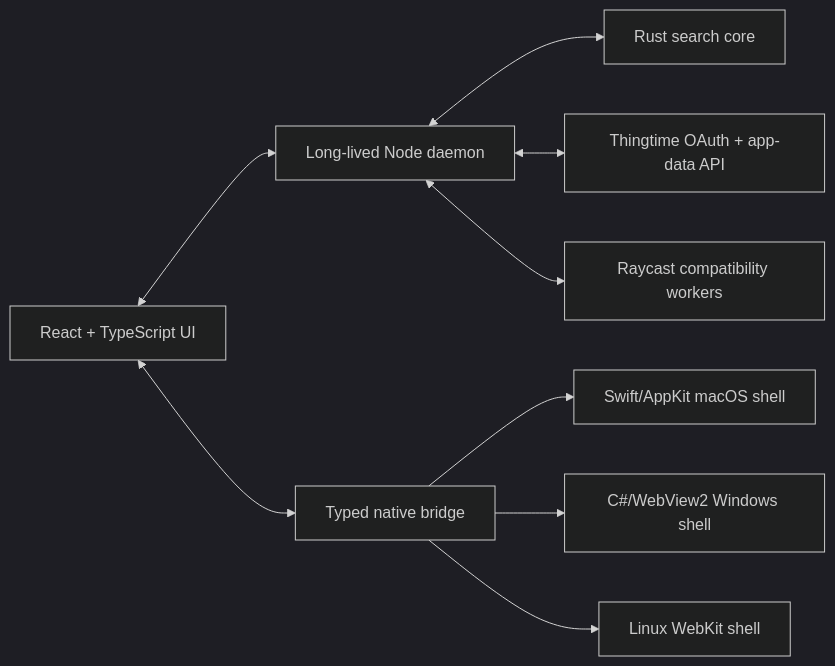
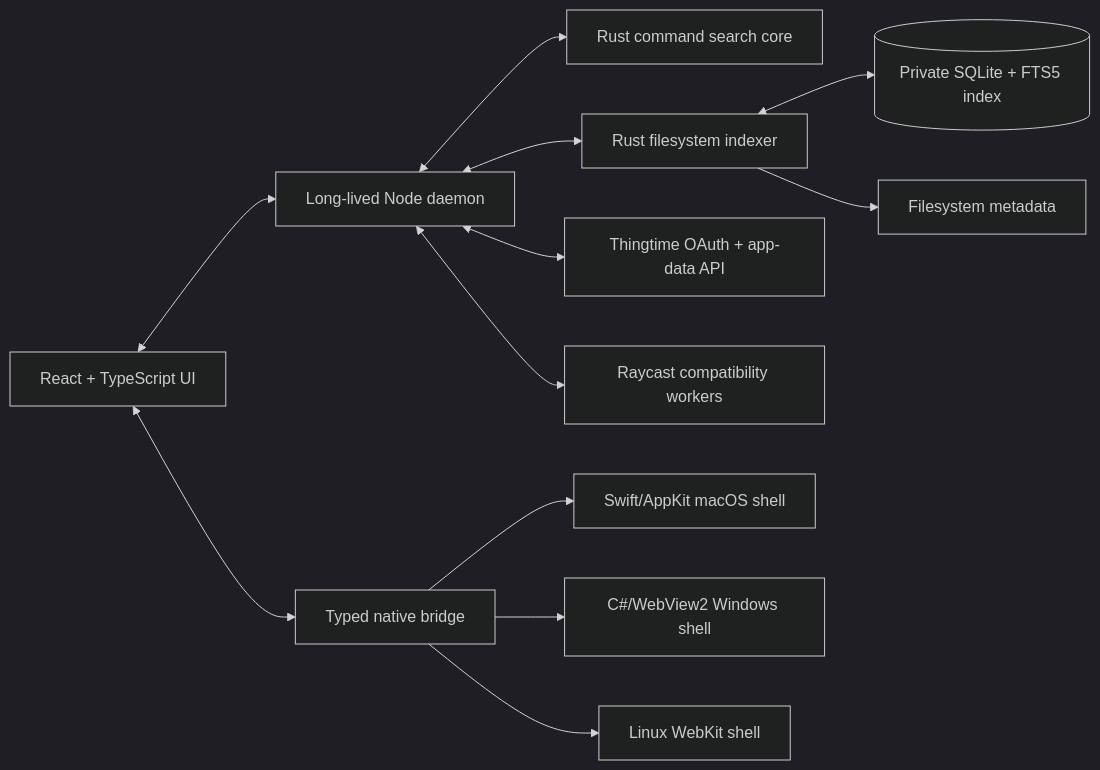
One commit to lopugit/thingtime changed the diagram in Commander/ARCHITECTURE.md. Above: the diagram before and after it, drawn with Mermaid (dark theme). The commit also changed other lines of this file and 45 other files, not shown here.

````diff
--- a/Commander/ARCHITECTURE.md
+++ b/Commander/ARCHITECTURE.md
@@ -8,11 +8,14 @@
 ```mermaid
 flowchart LR
   UI["React + TypeScript UI"] <--> D["Long-lived Node daemon"]
-  D <--> R["Rust search core"]
+  D <--> R["Rust command search core"]
+  D <--> F["Rust filesystem indexer"]
+  F <--> S[("Private SQLite + FTS5 index")]
+  F --> FS["Filesystem metadata"]
   UI <--> P["Typed native bridge"]
   P --> M["Swift/AppKit macOS shell"]
   P --> W["C#/WebView2 Windows shell"]
   P --> L["Linux WebKit shell"]
   D <--> T["Thingtime OAuth + app-data API"]
   D <--> E["Raycast compatibility workers"]
 ```
````
